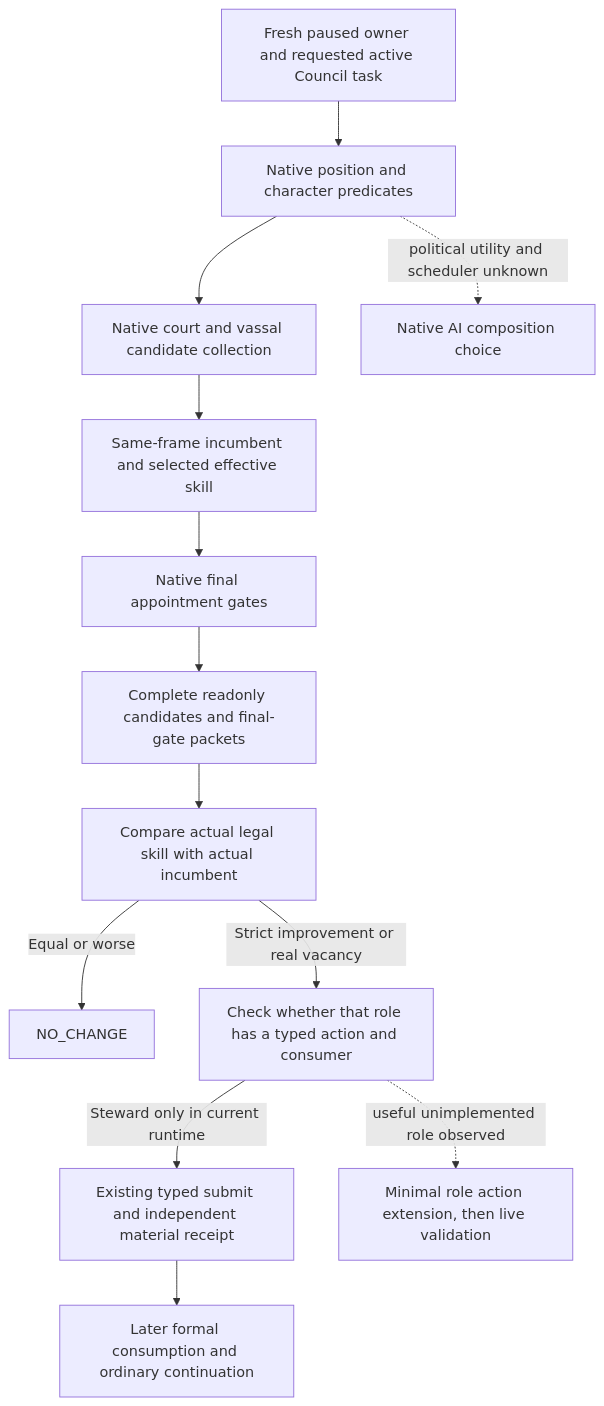
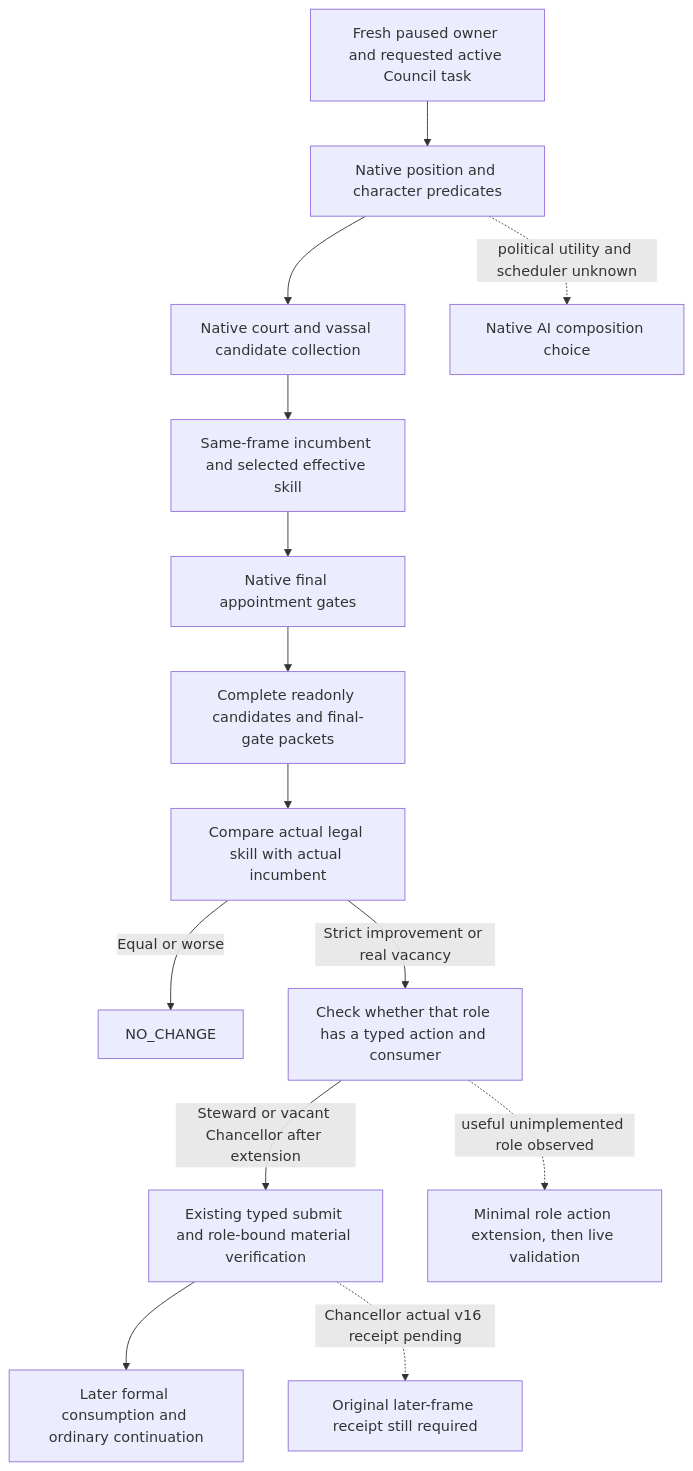
The diagram in docs/ck3-native-ai/ck3-1.20.0.3-council-role-coverage.md (XenoAmess/ck3_eternal_recurrence), drawn with Mermaid before and after one commit. The commit also changed other lines of this file and 22 other files, not shown here.

````diff
--- a/docs/ck3-native-ai/ck3-1.20.0.3-council-role-coverage.md
+++ b/docs/ck3-native-ai/ck3-1.20.0.3-council-role-coverage.md
@@ -43,15 +45,16 @@
 ```mermaid
 flowchart TD
     R[Fresh paused owner and requested active Council task] --> P[Native position and character predicates]
     P --> C[Native court and vassal candidate collection]
     C --> S[Same-frame incumbent and selected effective skill]
     S --> G[Native final appointment gates]
     G --> Q[Complete readonly candidates and final-gate packets]
     Q --> D[Compare actual legal skill with actual incumbent]
     D -->|Equal or worse| N[NO_CHANGE]
     D -->|Strict improvement or real vacancy| A[Check whether that role has a typed action and consumer]
-    A -->|Steward only in current runtime| T[Existing typed submit and independent material receipt]
+    A -->|Steward or vacant Chancellor after extension| T[Existing typed submit and role-bound material verification]
     A -. useful unimplemented role observed .-> X[Minimal role action extension, then live validation]
     T --> F[Later formal consumption and ordinary continuation]
+    T -. Chancellor actual v16 receipt pending .-> W[Original later-frame receipt still required]
     P -. political utility and scheduler unknown .-> U[Native AI composition choice]
 ```
````
